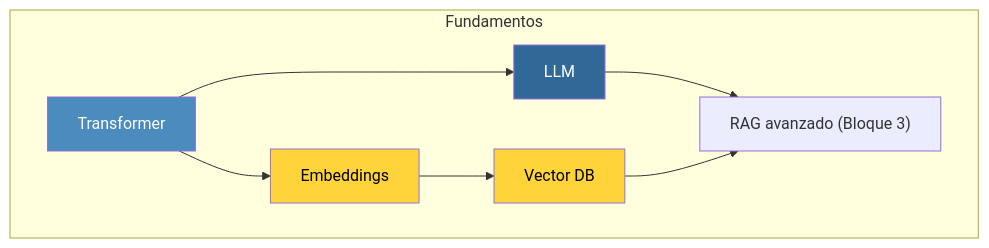
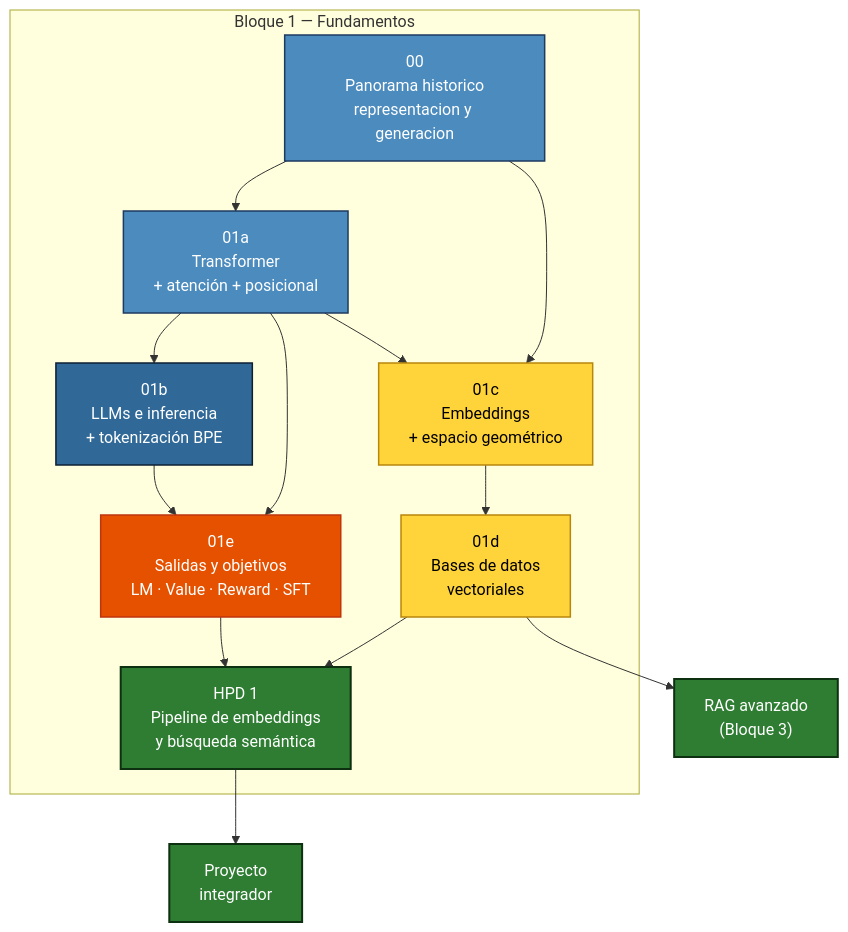
Before and after one commit to Adamychen/m10_quarto: the first of 2 diagrams in bloque1/01-fundamentos.qmd, drawn with Mermaid. The commit also changed other lines of this file and 70 other files, not shown here.

````diff
--- a/bloque1/01-fundamentos.qmd
+++ b/bloque1/01-fundamentos.qmd
@@ -49,14 +51,22 @@
 ```{mermaid}
-graph TD
-    subgraph "Fundamentos"
-        A[Transformer] --> B[LLM]
-        A --> C[Embeddings]
-        B --> D["RAG avanzado (Bloque 3)"]
-        C --> E[Vector DB]
-        E --> D
+flowchart TD
+    subgraph "Bloque 1 — Fundamentos"
+        P0[00<br/>Panorama historico<br/>representacion y generacion]:::input --> A
+        P0 --> C
+        A[01a<br/>Transformer<br/>+ atención + posicional]:::input --> B[01b<br/>LLMs e inferencia<br/>+ tokenización BPE]:::proc
+        A --> C[01c<br/>Embeddings<br/>+ espacio geométrico]:::doc
+        A --> E2[01e<br/>Salidas y objetivos<br/>LM · Value · Reward · SFT]:::obs
+        B --> E2
+        C --> D[01d<br/>Bases de datos<br/>vectoriales]:::doc
+        D --> F["HPD 1<br/>Pipeline de embeddings<br/>y búsqueda semántica"]:::out
+        E2 --> F
     end
-    style A fill:#4B8BBE,color:#fff
-    style B fill:#306998,color:#fff
-    style C fill:#FFD43B,color:#000
-    style E fill:#FFD43B,color:#000
+    D --> G["RAG avanzado<br/>(Bloque 3)"]:::out
+    F --> H["Proyecto<br/>integrador"]:::out
+
+    classDef input fill:#4B8BBE,stroke:#1e3a5f,color:#fff,stroke-width:1.5px
+    classDef proc  fill:#306998,stroke:#0d1f33,color:#fff,stroke-width:1.5px
+    classDef doc   fill:#FFD43B,stroke:#b8860b,color:#000,stroke-width:1.5px
+    classDef obs   fill:#e65100,stroke:#bf360c,color:#fff,stroke-width:1.5px
+    classDef out   fill:#2e7d32,stroke:#0d3010,color:#fff,stroke-width:2px
 ```
````
